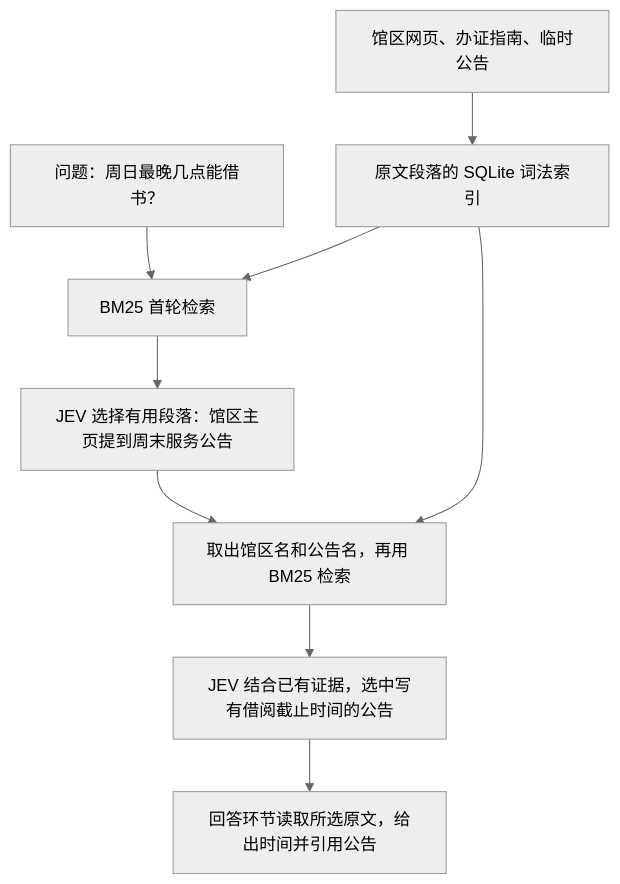
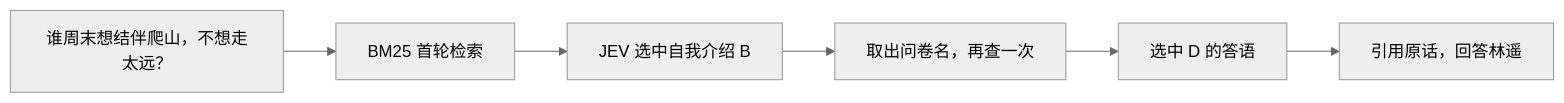
One commit to hansenz42/ontology-learn changed the diagram in tutorial-planning/本体论-逐节教学大纲.md. Above: the diagram before and after it, drawn with Mermaid (neutral theme). The commit also changed other lines of this file and 34 other files, not shown here.

````diff
--- a/tutorial-planning/本体论-逐节教学大纲.md
+++ b/tutorial-planning/本体论-逐节教学大纲.md
@@ -55,11 +39,8 @@
 ```mermaid
-flowchart TD
-    A["馆区网页、办证指南、临时公告"] --> B["原文段落的 SQLite 词法索引"]
-    Q["问题：周日最晚几点能借书？"] --> C["BM25 首轮检索"]
-    B --> C
-    C --> D["JEV 选择有用段落：馆区主页提到周末服务公告"]
-    D --> E["取出馆区名和公告名，再用 BM25 检索"]
-    B --> E
-    E --> F["JEV 结合已有证据，选中写有借阅截止时间的公告"]
-    F --> G["回答环节读取所选原文，给出时间并引用公告"]
+flowchart LR
+    Q["谁周末想结伴爬山，不想走太远？"] --> R["BM25 首轮检索"]
+    R --> B["JEV 选中自我介绍 B"]
+    B --> T["取出问卷名，再查一次"]
+    T --> D["选中 D 的答语"]
+    D --> A["引用原话，回答林遥"]
 ```
````
